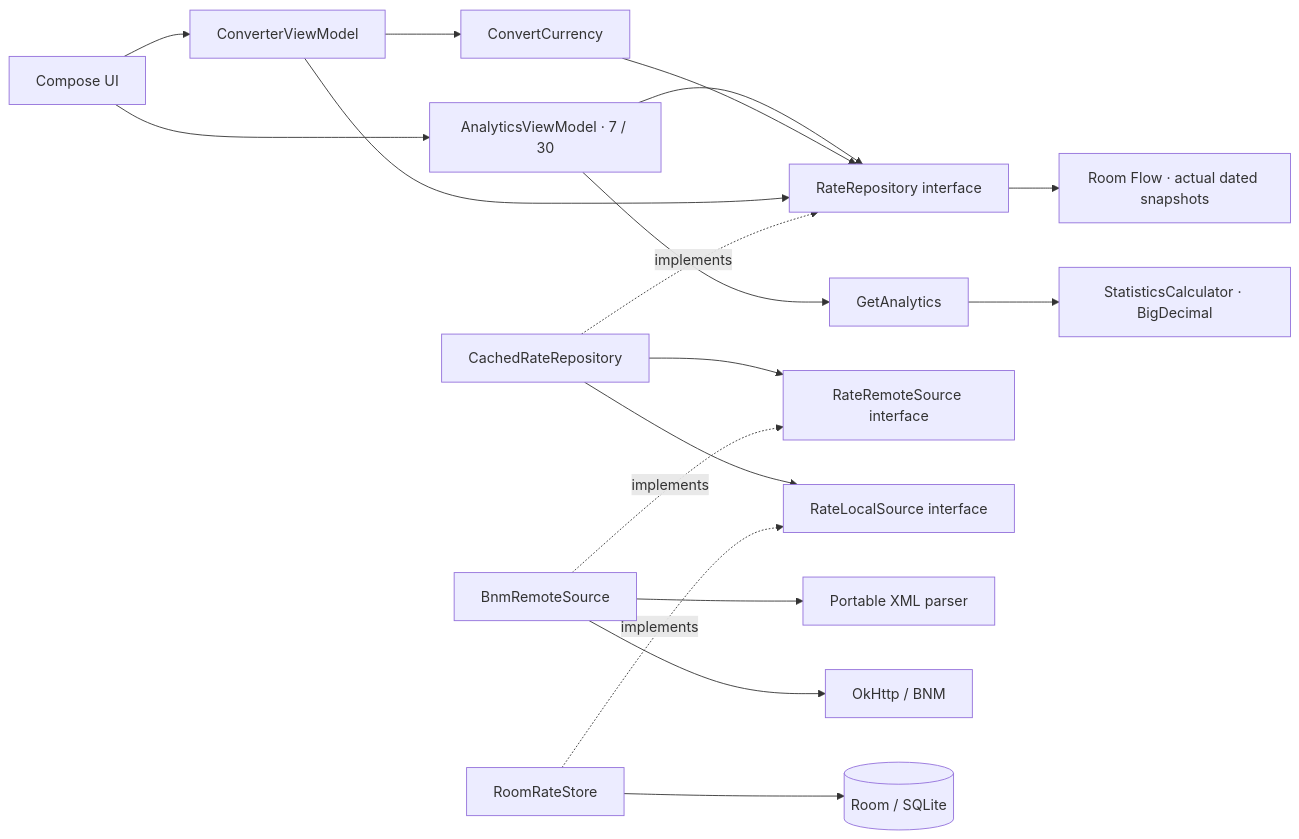
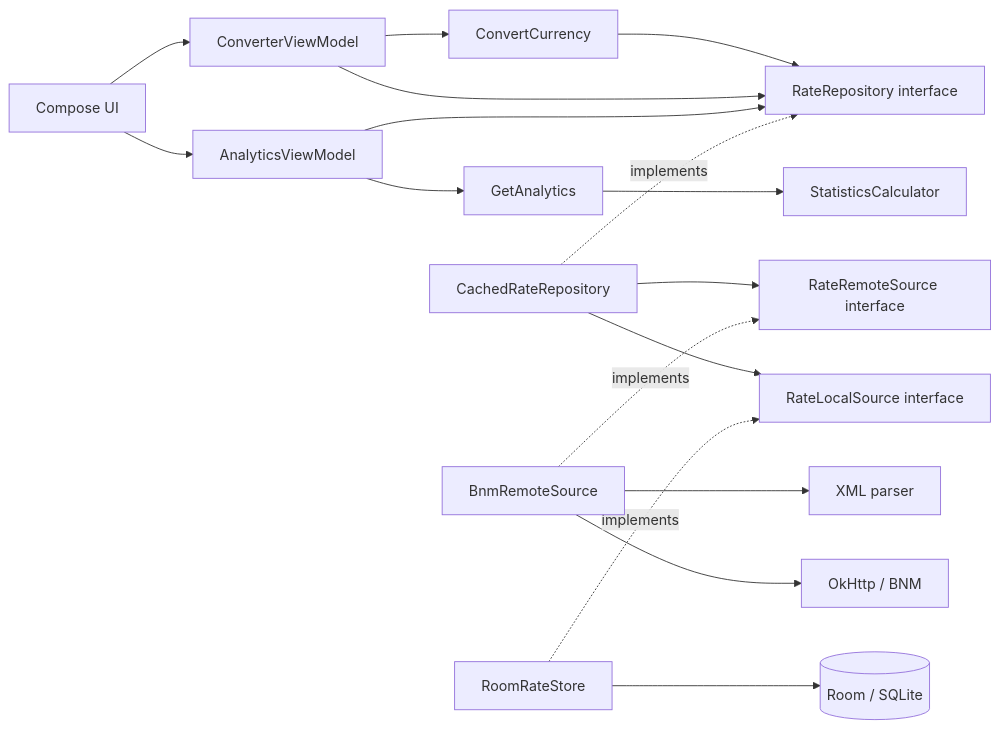
The diagram in README.md (VadimSiminenco/lab4-currency-converter-android), drawn with Mermaid before and after one commit. The commit also changed other lines of this file, not shown here.

````diff
--- a/README.md
+++ b/README.md
@@ -119,20 +85,19 @@
 ```mermaid
 flowchart LR
     UI["Compose UI"] --> VM["ConverterViewModel"]
-    UI --> AVM["AnalyticsViewModel · 7 / 30"]
+    UI --> AVM["AnalyticsViewModel"]
+    VM --> UC["ConvertCurrency"]
     AVM --> GA["GetAnalytics"]
-    GA --> ST["StatisticsCalculator · BigDecimal"]
-    AVM --> RP
-    RP --> FLOW["Room Flow · actual dated snapshots"]
-    VM --> UC["ConvertCurrency"]
+    GA --> ST["StatisticsCalculator"]
     UC --> RP["RateRepository interface"]
     VM --> RP
-    CR["CachedRateRepository"] -. "implements" .-> RP
+    AVM --> RP
+    CR["CachedRateRepository"] -. implements .-> RP
     CR --> RS["RateRemoteSource interface"]
     CR --> LS["RateLocalSource interface"]
-    BN["BnmRemoteSource"] -. "implements" .-> RS
-    RM["RoomRateStore"] -. "implements" .-> LS
-    BN --> XML["Portable XML parser"]
+    BN["BnmRemoteSource"] -. implements .-> RS
+    RM["RoomRateStore"] -. implements .-> LS
+    BN --> XML["XML parser"]
     BN --> HTTP["OkHttp / BNM"]
     RM --> DB[("Room / SQLite")]
 ```
````
